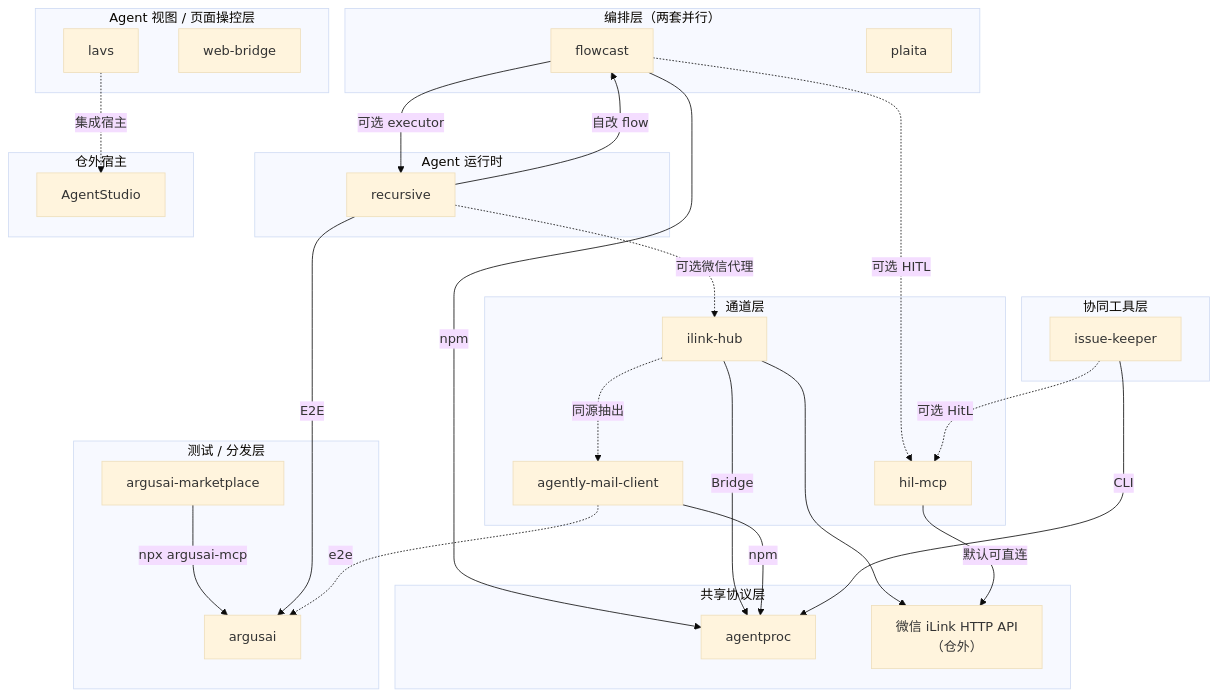
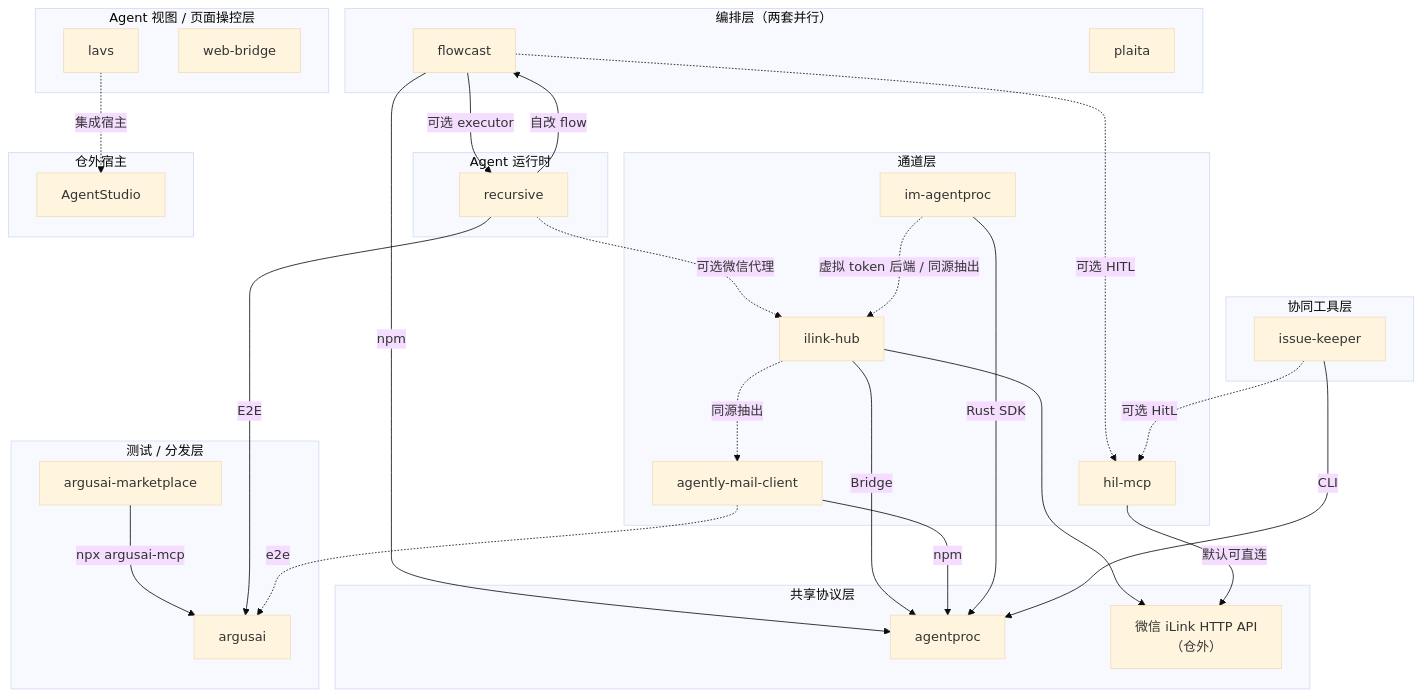
One commit to jeffkit/infra4agent changed the first of 2 diagrams in docs/ARCHITECTURE.md. Above: the diagram before and after it, drawn with Mermaid (base theme). The commit also changed other lines of this file and 5 other files, not shown here.

First line of the commit message:
Register im-agentproc sub-repo and sync architecture docs

````diff
--- a/docs/ARCHITECTURE.md
+++ b/docs/ARCHITECTURE.md
@@ -33,57 +33,60 @@
 ```mermaid
 flowchart TB
   subgraph collab["协同工具层"]
     IK["issue-keeper"]
   end
 
   subgraph test["测试 / 分发层"]
     AM["argusai-marketplace"]
     AA["argusai"]
     AM -->|npx argusai-mcp| AA
   end
 
   subgraph ui["Agent 视图 / 页面操控层"]
     LAVS["lavs"]
     WB["web-bridge"]
   end
 
   subgraph orch["编排层（两套并行）"]
     FC["flowcast"]
     PL["plaita"]
   end
 
   subgraph runtime["Agent 运行时"]
     REC["recursive"]
   end
 
   subgraph channel["通道层"]
     IH["ilink-hub"]
+    IMAP["im-agentproc"]
     HITL["hil-mcp"]
     MAIL["agently-mail-client"]
   end
 
   subgraph shared["共享协议层"]
     AP["agentproc"]
     ILINK["微信 iLink HTTP API<br/>（仓外）"]
   end
 
   subgraph external["仓外宿主"]
     AS["AgentStudio"]
   end
 
   FC -->|npm| AP
   FC -->|可选 executor| REC
   FC -.->|可选 HITL| HITL
   REC -->|自改 flow| FC
   REC -.->|可选微信代理| IH
   REC -->|E2E| AA
   IH -->|Bridge| AP
   IH --> ILINK
   IH -.->|同源抽出| MAIL
   MAIL -->|npm| AP
+  IMAP -->|Rust SDK| AP
+  IMAP -.->|虚拟 token 后端 / 同源抽出| IH
   HITL -->|默认可直连| ILINK
   IK -->|CLI| AP
   IK -.->|可选 HitL| HITL
   MAIL -.->|e2e| AA
   LAVS -.->|集成宿主| AS
 ```
````
